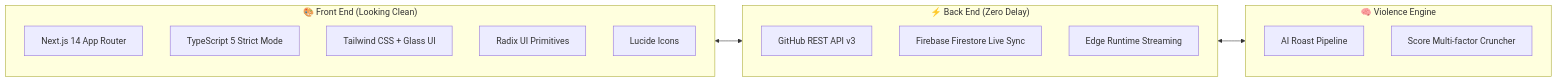
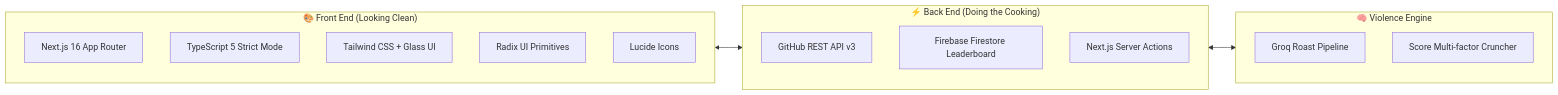
One commit to MdKasif0/GitRoasted changed the fourth of 4 diagrams in README.md. Above: the diagram before and after it, drawn with Mermaid. The commit also changed other lines of this file and 8 other files, not shown here.

First line of the commit message:
fix(security): make leaderboard writes server-only (#4)

````diff
--- a/README.md
+++ b/README.md
@@ -193,24 +193,24 @@
 ```mermaid
 flowchart LR
     subgraph Frontend ["🎨 Front End (Looking Clean)"]
-        A[Next.js 14 App Router]
+        A[Next.js 16 App Router]
         B[TypeScript 5 Strict Mode]
         C[Tailwind CSS + Glass UI]
         D[Radix UI Primitives]
         E[Lucide Icons]
     end
 
-    subgraph Backend ["⚡ Back End (Zero Delay)"]
+    subgraph Backend ["⚡ Back End (Doing the Cooking)"]
         F[GitHub REST API v3]
-        G[Firebase Firestore Live Sync]
-        H[Edge Runtime Streaming]
+        G[Firebase Firestore Leaderboard]
+        H[Next.js Server Actions]
     end
 
     subgraph AI ["🧠 Violence Engine"]
-        I[AI Roast Pipeline]
+        I[Groq Roast Pipeline]
         J[Score Multi-factor Cruncher]
     end
 
     Frontend <--> Backend
     Backend <--> AI
 ```
````
